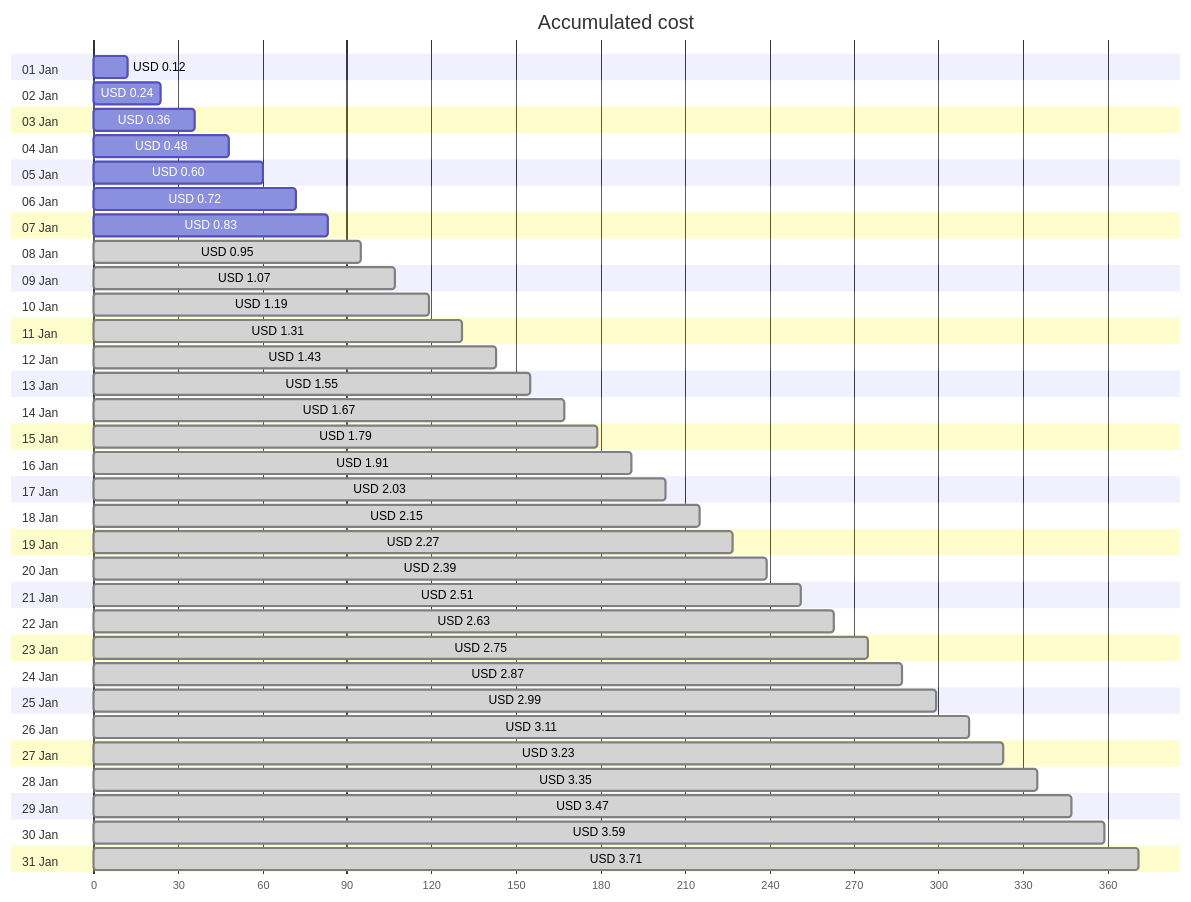
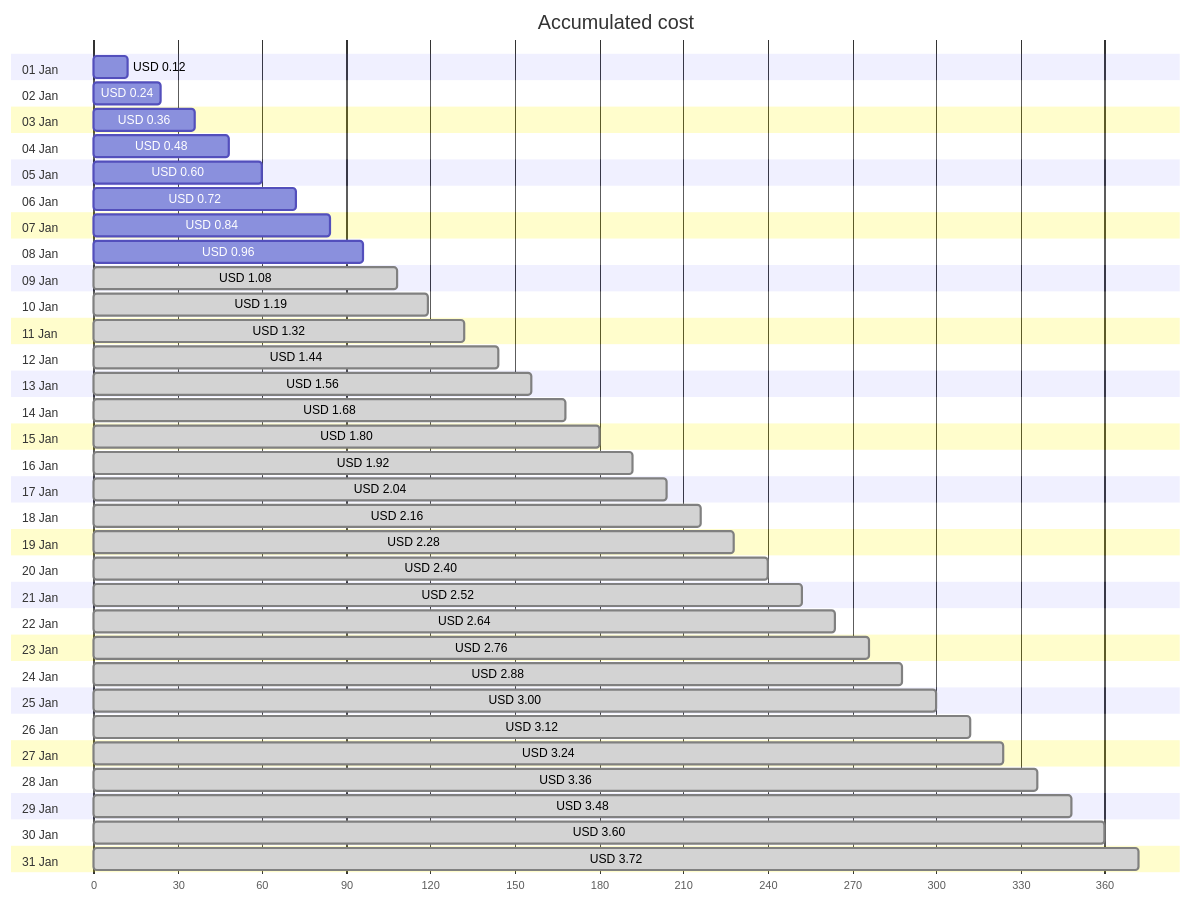
One commit to jpfulton/azure-personal-reports changed the first of 4 diagrams in cost-reports/personal-network/backup-server-public-ip.md. Above: the diagram before and after it, drawn with Mermaid. The commit also changed other lines of this file and 8 other files, not shown here.

````diff
--- a/cost-reports/personal-network/backup-server-public-ip.md
+++ b/cost-reports/personal-network/backup-server-public-ip.md
@@ -20,68 +20,68 @@
 ```mermaid
 gantt
    title Accumulated cost
    dateFormat  X
    axisFormat %s
    section 01 Jan
    USD 0.12 :0, 12
    section 02 Jan
    USD 0.24 :0, 24
    section 03 Jan
    USD 0.36 :0, 36
    section 04 Jan
    USD 0.48 :0, 48
    section 05 Jan
    USD 0.60 :0, 60
    section 06 Jan
    USD 0.72 :0, 72
    section 07 Jan
-   USD 0.83 :0, 83
+   USD 0.84 :0, 84
    section 08 Jan
-   USD 0.95 : done, 0, 95
+   USD 0.96 :0, 96
    section 09 Jan
-   USD 1.07 : done, 0, 107
+   USD 1.08 : done, 0, 108
    section 10 Jan
    USD 1.19 : done, 0, 119
    section 11 Jan
-   USD 1.31 : done, 0, 131
+   USD 1.32 : done, 0, 132
    section 12 Jan
-   USD 1.43 : done, 0, 143
+   USD 1.44 : done, 0, 144
    section 13 Jan
-   USD 1.55 : done, 0, 155
+   USD 1.56 : done, 0, 156
    section 14 Jan
-   USD 1.67 : done, 0, 167
+   USD 1.68 : done, 0, 168
    section 15 Jan
-   USD 1.79 : done, 0, 179
+   USD 1.80 : done, 0, 180
    section 16 Jan
-   USD 1.91 : done, 0, 191
+   USD 1.92 : done, 0, 192
    section 17 Jan
-   USD 2.03 : done, 0, 203
+   USD 2.04 : done, 0, 204
    section 18 Jan
-   USD 2.15 : done, 0, 215
+   USD 2.16 : done, 0, 216
    section 19 Jan
-   USD 2.27 : done, 0, 227
+   USD 2.28 : done, 0, 228
    section 20 Jan
-   USD 2.39 : done, 0, 239
+   USD 2.40 : done, 0, 240
    section 21 Jan
-   USD 2.51 : done, 0, 251
+   USD 2.52 : done, 0, 252
    section 22 Jan
-   USD 2.63 : done, 0, 263
+   USD 2.64 : done, 0, 264
    section 23 Jan
-   USD 2.75 : done, 0, 275
+   USD 2.76 : done, 0, 276
    section 24 Jan
-   USD 2.87 : done, 0, 287
+   USD 2.88 : done, 0, 288
    section 25 Jan
-   USD 2.99 : done, 0, 299
+   USD 3.00 : done, 0, 300
    section 26 Jan
-   USD 3.11 : done, 0, 311
+   USD 3.12 : done, 0, 312
    section 27 Jan
-   USD 3.23 : done, 0, 323
+   USD 3.24 : done, 0, 324
    section 28 Jan
-   USD 3.35 : done, 0, 335
+   USD 3.36 : done, 0, 336
    section 29 Jan
-   USD 3.47 : done, 0, 347
+   USD 3.48 : done, 0, 348
    section 30 Jan
-   USD 3.59 : done, 0, 359
+   USD 3.60 : done, 0, 360
    section 31 Jan
-   USD 3.71 : done, 0, 371
+   USD 3.72 : done, 0, 372
 ```
````
